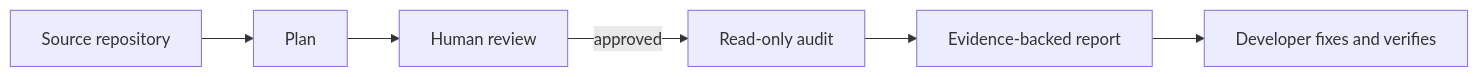
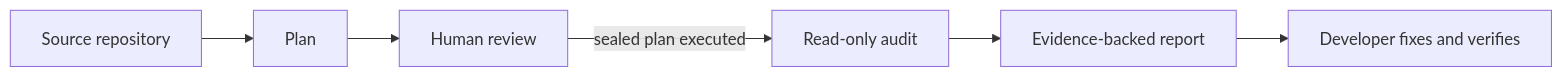
The diagram in docs/01-overview/README.md (sebastianwessel/audit), drawn with Mermaid before and after one commit. The commit also changed other lines of this file and 2199 other files, not shown here.

Commit message:
refactor: establish audit architecture baseline

```diff
--- a/docs/01-overview/README.md
+++ b/docs/01-overview/README.md
@@ -31,8 +31,8 @@
 ~~~mermaid
 flowchart LR
   A[Source repository] --> B[Plan]
   B --> C[Human review]
-  C -->|approved| D[Read-only audit]
+  C -->|sealed plan executed| D[Read-only audit]
   D --> E[Evidence-backed report]
   E --> F[Developer fixes and verifies]
 ~~~
```
